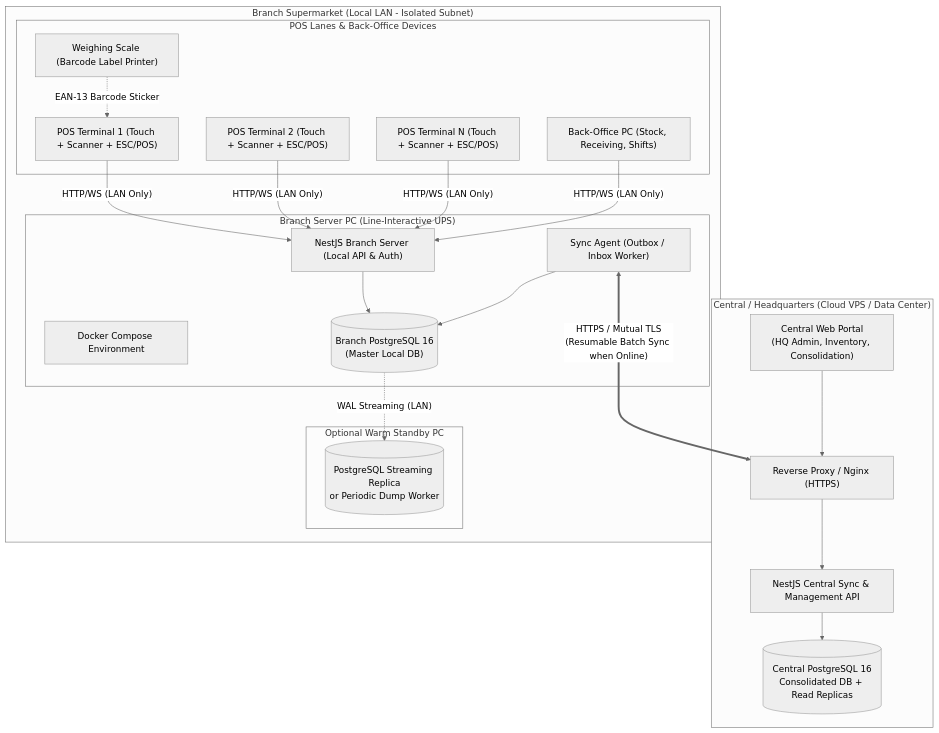
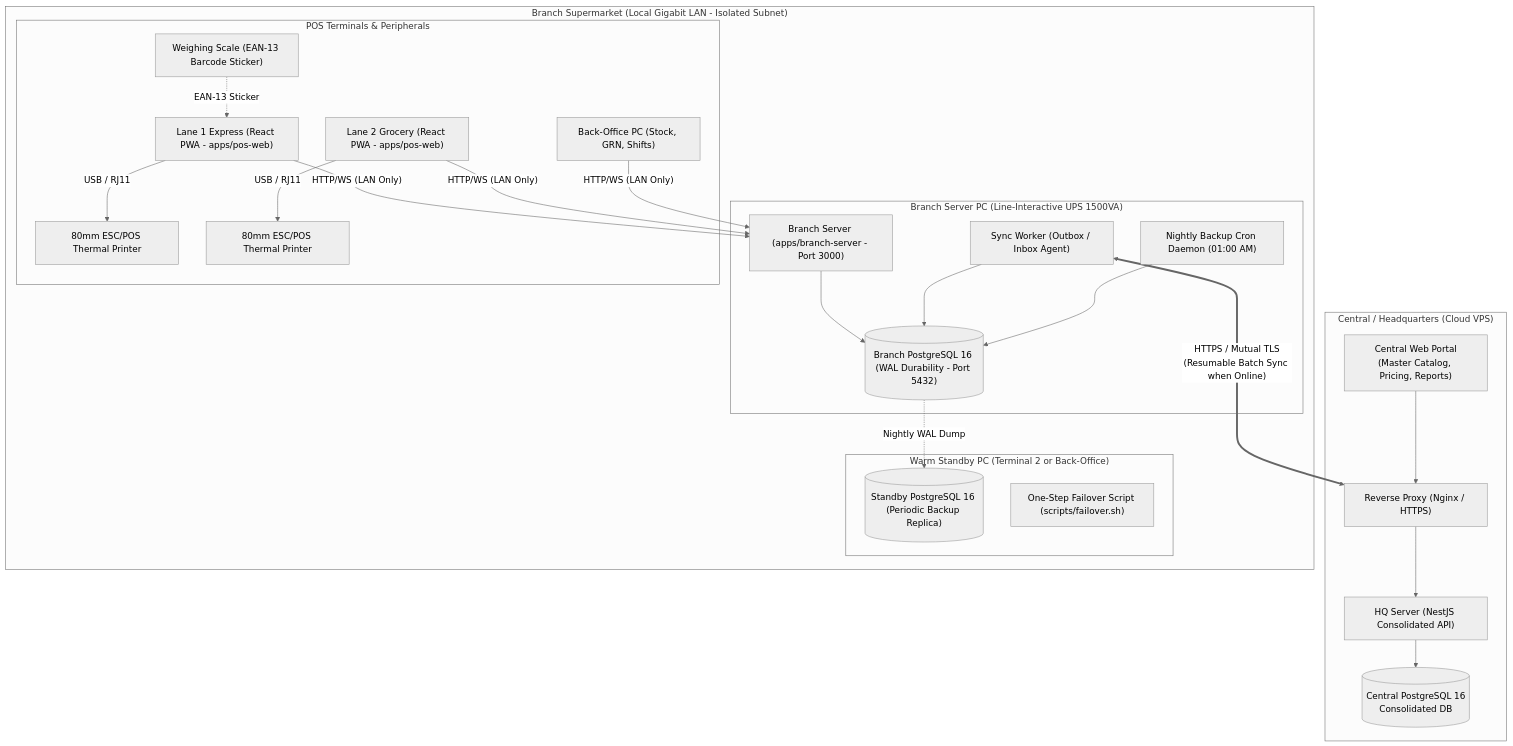
The diagram in docs/architecture.md (ephremsaa/GebeyaOS), drawn with Mermaid (neutral theme) before and after one commit. The commit also changed other lines of this file and 33 other files, not shown here.

````diff
--- a/docs/architecture.md
+++ b/docs/architecture.md
@@ -32,46 +11,50 @@
 ```mermaid
 flowchart TB
-    subgraph HQ["Central / Headquarters (Cloud VPS / Data Center)"]
-        HQ_LB["Reverse Proxy / Nginx (HTTPS)"]
-        HQ_API["NestJS Central Sync & Management API"]
-        HQ_DB[("Central PostgreSQL 16<br/>Consolidated DB + Read Replicas")]
-        HQ_ADMIN["Central Web Portal<br/>(HQ Admin, Inventory, Consolidation)"]
-        
+    subgraph HQ["Central / Headquarters (Cloud VPS)"]
+        HQ_LB["Reverse Proxy (Nginx / HTTPS)"]
+        HQ_API["HQ Server (NestJS Consolidated API)"]
+        HQ_DB[("Central PostgreSQL 16<br/>Consolidated DB")]
+        HQ_ADMIN["Central Web Portal<br/>(Master Catalog, Pricing, Reports)"]
+
         HQ_LB --> HQ_API
         HQ_API --> HQ_DB
         HQ_ADMIN --> HQ_LB
     end
 
-    subgraph Branch["Branch Supermarket (Local LAN - Isolated Subnet)"]
-        subgraph Hardware["Branch Server PC (Line-Interactive UPS)"]
-            B_DOCKER["Docker Compose Environment"]
-            B_API["NestJS Branch Server (Local API & Auth)"]
-            B_DB[("Branch PostgreSQL 16<br/>(Master Local DB)")]
-            B_SYNC["Sync Agent (Outbox / Inbox Worker)"]
-            
+    subgraph Branch["Branch Supermarket (Local Gigabit LAN - Isolated Subnet)"]
+        subgraph Hardware["Branch Server PC (Line-Interactive UPS 1500VA)"]
+            B_API["Branch Server (apps/branch-server - Port 3000)"]
+            B_DB[("Branch PostgreSQL 16 (WAL Durability - Port 5432)")]
+            B_SYNC["Sync Worker (Outbox / Inbox Agent)"]
+            B_BACKUP["Nightly Backup Cron Daemon (01:00 AM)"]
+
             B_API --> B_DB
             B_SYNC --> B_DB
+            B_BACKUP --> B_DB
         end
 
-        subgraph Standby["Optional Warm Standby PC"]
-            S_DB[("PostgreSQL Streaming Replica<br/>or Periodic Dump Worker")]
+        subgraph Standby["Warm Standby PC (Terminal 2 or Back-Office)"]
+            S_DB[("Standby PostgreSQL 16 (Periodic Backup Replica)")]
+            S_SCRIPT["One-Step Failover Script (scripts/failover.sh)"]
         end
 
-        subgraph POS_Terminals["POS Lanes & Back-Office Devices"]
-            POS1["POS Terminal 1 (Touch + Scanner + ESC/POS)"]
-            POS2["POS Terminal 2 (Touch + Scanner + ESC/POS)"]
-            POS_N["POS Terminal N (Touch + Scanner + ESC/POS)"]
-            BO["Back-Office PC (Stock, Receiving, Shifts)"]
-            SCALE["Weighing Scale (Barcode Label Printer)"]
+        subgraph POS_Lanes["POS Terminals & Peripherals"]
+            POS1["Lane 1 Express (React PWA - apps/pos-web)"]
+            POS2["Lane 2 Grocery (React PWA - apps/pos-web)"]
+            BO["Back-Office PC (Stock, GRN, Shifts)"]
+            SCALE["Weighing Scale (EAN-13 Barcode Sticker)"]
+            PRINTER1["80mm ESC/POS Thermal Printer"]
+            PRINTER2["80mm ESC/POS Thermal Printer"]
         end
 
         POS1 -->|"HTTP/WS (LAN Only)"| B_API
         POS2 -->|"HTTP/WS (LAN Only)"| B_API
-        POS_N -->|"HTTP/WS (LAN Only)"| B_API
         BO -->|"HTTP/WS (LAN Only)"| B_API
-        SCALE -.->|"EAN-13 Barcode Sticker"| POS1
-        B_DB -.->|"WAL Streaming (LAN)"| S_DB
+        SCALE -.->|"EAN-13 Sticker"| POS1
+        POS1 -->|"USB / RJ11"| PRINTER1
+        POS2 -->|"USB / RJ11"| PRINTER2
+        B_DB -.->|"Nightly WAL Dump"| S_DB
     end
 
     B_SYNC <===>|"HTTPS / Mutual TLS<br/>(Resumable Batch Sync when Online)"| HQ_LB
 ```
````
